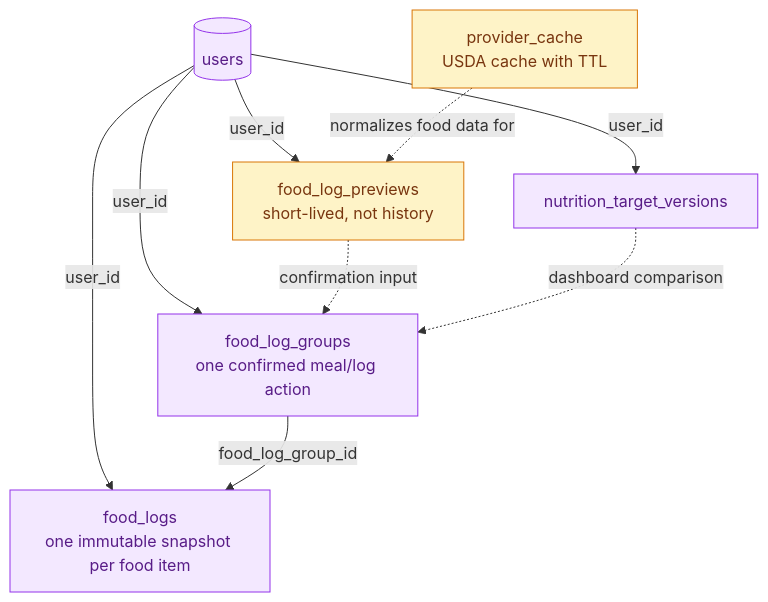
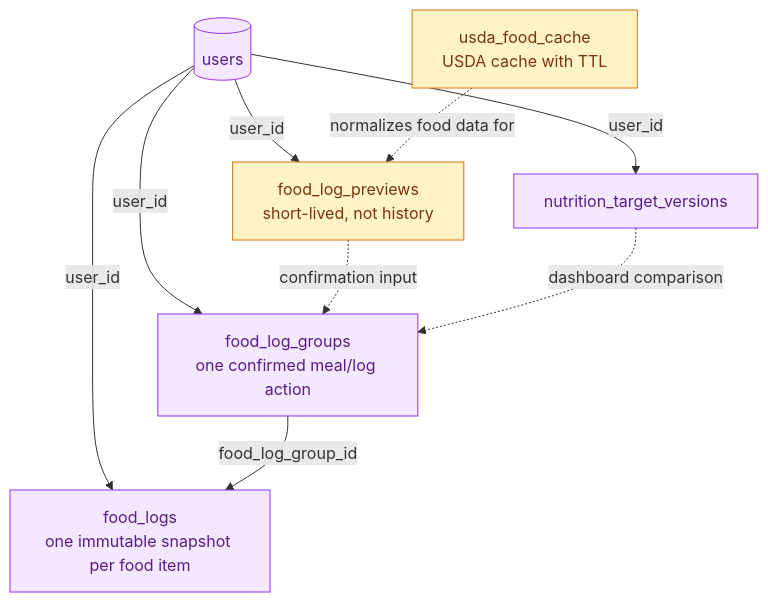
One commit to architsangal/AteThat changed the fifth of 10 diagrams in docs/ARCHITECTURE_VISUAL_SUMMARY.md. Above: the diagram before and after it, drawn with Mermaid. The commit also changed other lines of this file and 20 other files, not shown here.

Commit message:
docs: reconcile released phases and phase three roadmap

````diff
--- a/docs/ARCHITECTURE_VISUAL_SUMMARY.md
+++ b/docs/ARCHITECTURE_VISUAL_SUMMARY.md
@@ -146,23 +148,23 @@
 ```mermaid
 flowchart TB
     User[(users)]
     Preview[food_log_previews<br/>short-lived, not history]
     Group[food_log_groups<br/>one confirmed meal/log action]
     Item[food_logs<br/>one immutable snapshot per food item]
     Target[nutrition_target_versions]
-    Cache[provider_cache<br/>USDA cache with TTL]
+    Cache[usda_food_cache<br/>USDA cache with TTL]
 
     User -->|user_id| Preview
     User -->|user_id| Group
     User -->|user_id| Item
     User -->|user_id| Target
     Preview -. confirmation input .-> Group
     Group -->|food_log_group_id| Item
     Cache -. normalizes food data for .-> Preview
     Target -. dashboard comparison .-> Group
 
     classDef durable fill:#f3e8ff,stroke:#9333ea,color:#581c87
     classDef temporary fill:#fef3c7,stroke:#d97706,color:#78350f
     class User,Group,Item,Target durable
     class Preview,Cache temporary
 ```
````
